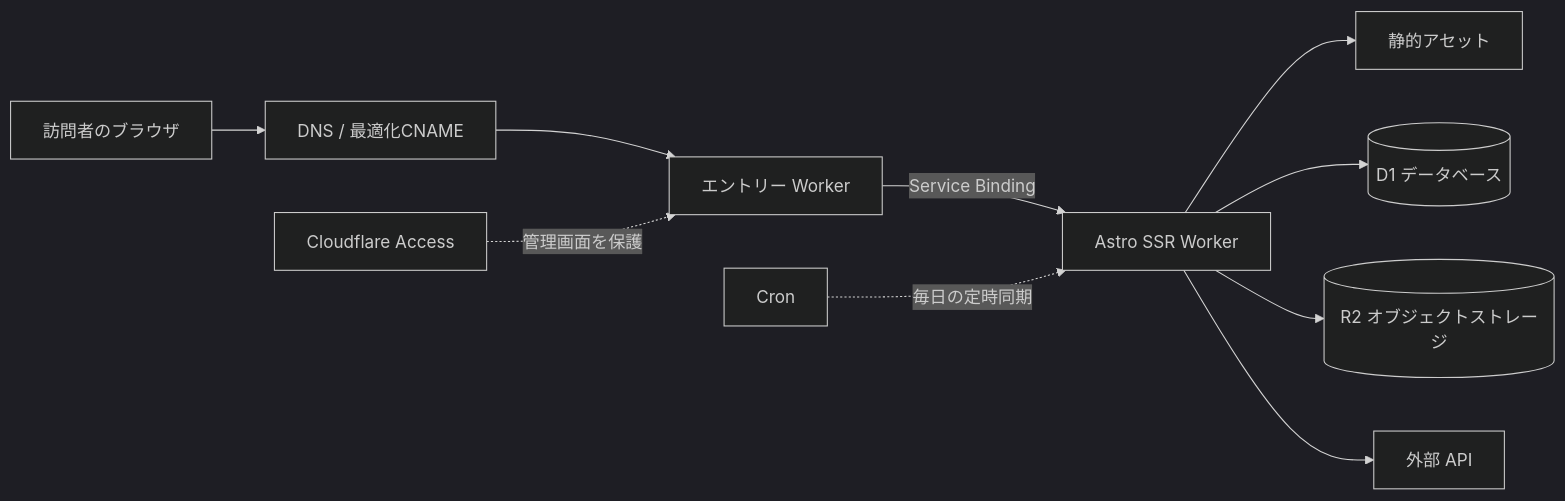
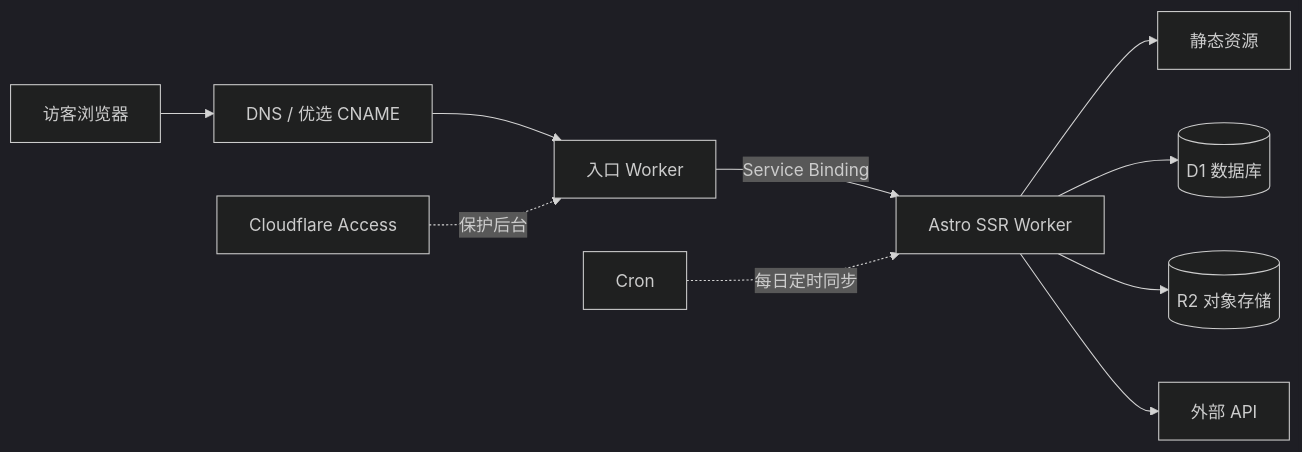
The first of 2 diagrams in src/i18n/content/ja/blog/基于Cloudflare构建个人网站.md (Edmounds/blog_web), drawn with Mermaid (dark theme) before and after one commit. The commit also changed other lines of this file and 9 other files, not shown here.

````diff
--- a/src/i18n/content/ja/blog/基于Cloudflare构建个人网站.md
+++ b/src/i18n/content/ja/blog/基于Cloudflare构建个人网站.md
@@ -20,13 +18,13 @@
 ```mermaid
 flowchart LR
-  V[訪問者のブラウザ] --> D[DNS / 最適化CNAME]
-  D --> E[エントリー Worker]
+  V[访客浏览器] --> D[DNS / 优选 CNAME]
+  D --> E[入口 Worker]
   E -->|Service Binding| A[Astro SSR Worker]
-  A --> S[静的アセット]
-  A --> Q[(D1 データベース)]
-  A --> R[(R2 オブジェクトストレージ)]
+  A --> S[静态资源]
+  A --> Q[(D1 数据库)]
+  A --> R[(R2 对象存储)]
   A --> X[外部 API]
 
-  C[Cloudflare Access] -.管理画面を保護.-> E
-  K[Cron] -.毎日の定時同期.-> A
+  C[Cloudflare Access] -.保护后台.-> E
+  K[Cron] -.每日定时同步.-> A
 ```
````
